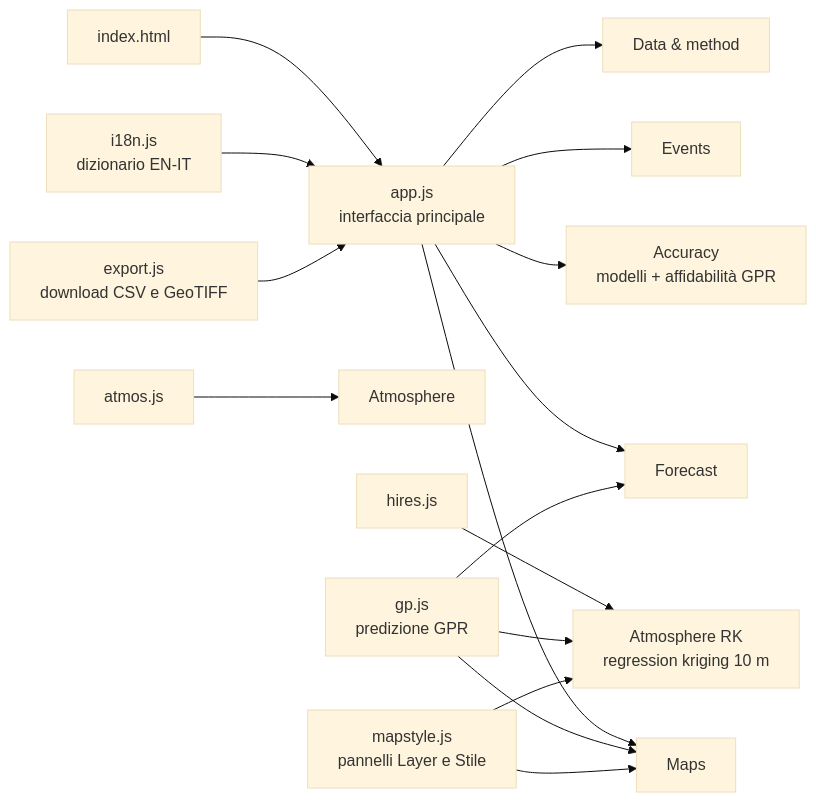
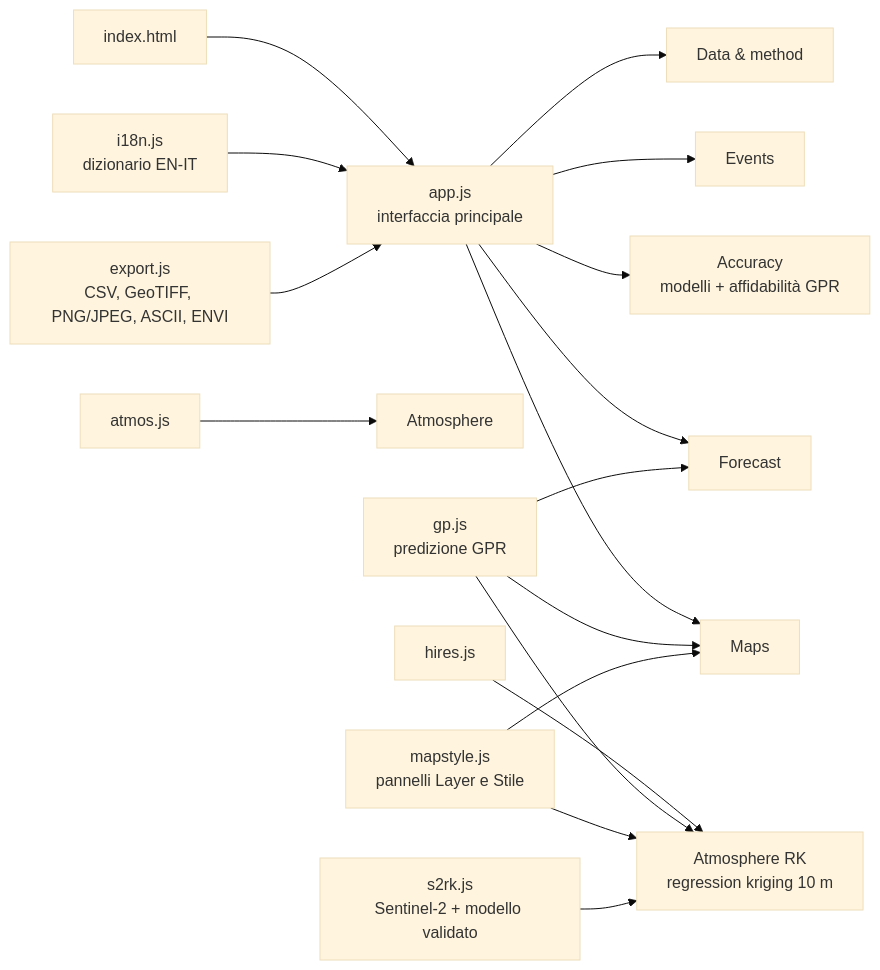
Before and after one commit to francescorossi3/prognostica: the third of 5 diagrams in docs/COME_FUNZIONA.md, drawn with Mermaid (base theme). The commit also changed other lines of this file and 4 other files, not shown here.

First line of the commit message:
docs, CLAUDE.md: import/export delle immagini, metodo Sentinel-2, modelli RT 6S e libRadtran

````diff
--- a/docs/COME_FUNZIONA.md
+++ b/docs/COME_FUNZIONA.md
@@ -56,18 +56,19 @@
 ```mermaid
 flowchart LR
   idx[index.html] --> app[app.js<br>interfaccia principale]
   app --> F[Forecast]
   app --> M[Maps]
   app --> R[Accuracy<br>modelli + affidabilità GPR]
   app --> E[Events]
   app --> DM[Data & method]
   atm[atmos.js] --> A[Atmosphere]
   hr[hires.js] --> H[Atmosphere RK<br>regression kriging 10 m]
   gp[gp.js<br>predizione GPR] --> F
   gp --> M
   gp --> H
   i18n[i18n.js<br>dizionario EN-IT] --> app
   ms[mapstyle.js<br>pannelli Layer e Stile] --> M
   ms --> H
-  ex[export.js<br>download CSV e GeoTIFF] --> app
+  ex[export.js<br>CSV, GeoTIFF, PNG/JPEG, ASCII, ENVI] --> app
+  s2[s2rk.js<br>Sentinel-2 + modello validato] --> H
 ```
````
